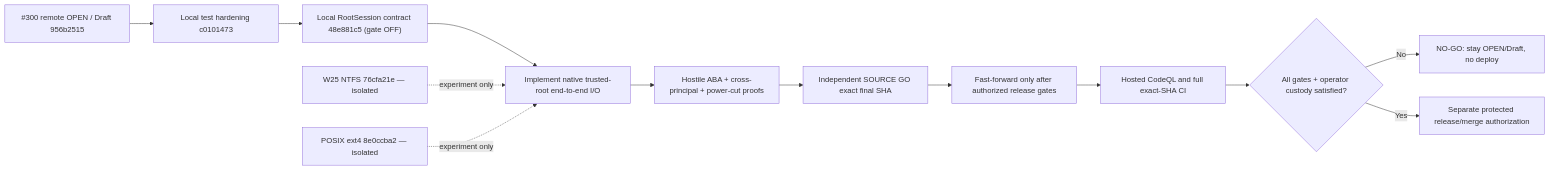
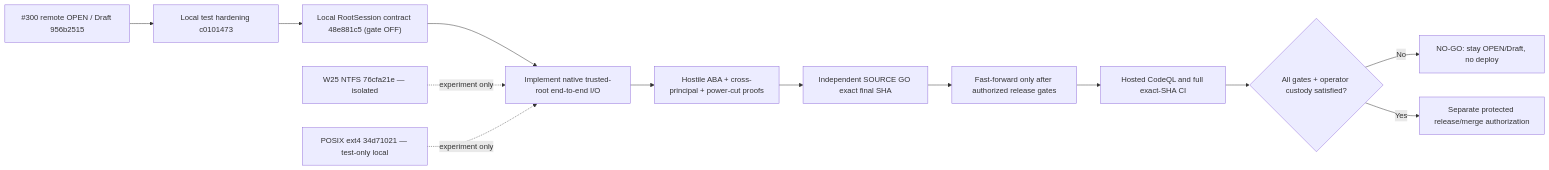
Before and after one commit to bielxdh3/Root.ark: the diagram in docs/validation/2026-11-09-pr300-native-root-custody-checkpoint.md, drawn with Mermaid. The commit also changed other lines of this file, not shown here.

First line of the commit message:
docs(issue66): record reviewed POSIX lab local integration

````diff
--- a/docs/validation/2026-11-09-pr300-native-root-custody-checkpoint.md
+++ b/docs/validation/2026-11-09-pr300-native-root-custody-checkpoint.md
@@ -93,15 +93,15 @@
 ```mermaid
 flowchart LR
   A["#300 remote OPEN / Draft 956b2515"] --> B["Local test hardening c0101473"]
   B --> C["Local RootSession contract 48e881c5 (gate OFF)"]
   C --> D["Implement native trusted-root end-to-end I/O"]
   W["W25 NTFS 76cfa21e — isolated"] -. "experiment only" .-> D
-  P["POSIX ext4 8e0ccba2 — isolated"] -. "experiment only" .-> D
+  P["POSIX ext4 34d71021 — test-only local"] -. "experiment only" .-> D
   D --> E["Hostile ABA + cross-principal + power-cut proofs"]
   E --> F["Independent SOURCE GO exact final SHA"]
   F --> G["Fast-forward only after authorized release gates"]
   G --> H["Hosted CodeQL and full exact-SHA CI"]
   H --> I{"All gates + operator custody satisfied?"}
   I -->|No| N["NO-GO: stay OPEN/Draft, no deploy"]
   I -->|Yes| R["Separate protected release/merge authorization"]
 ```
````
